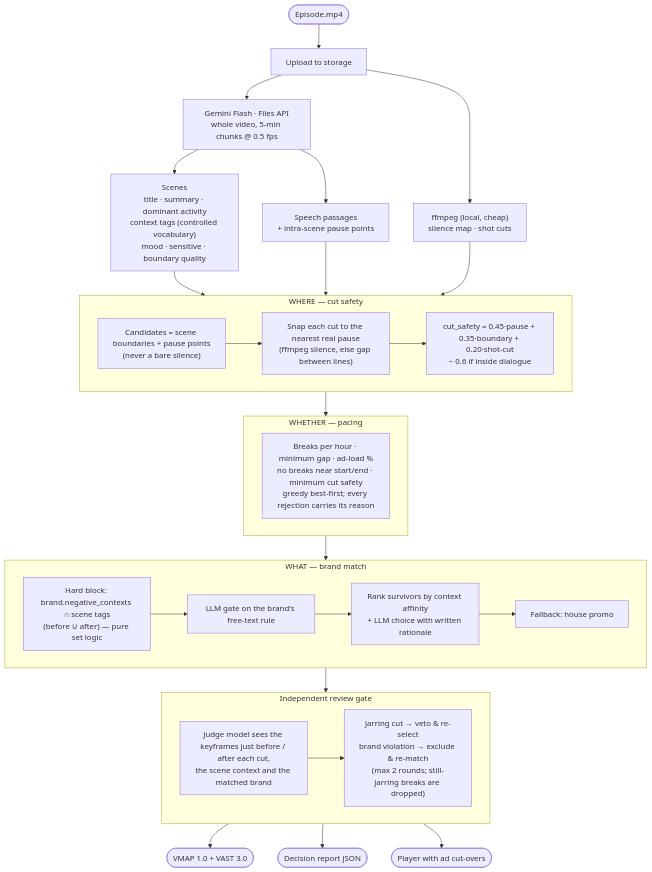
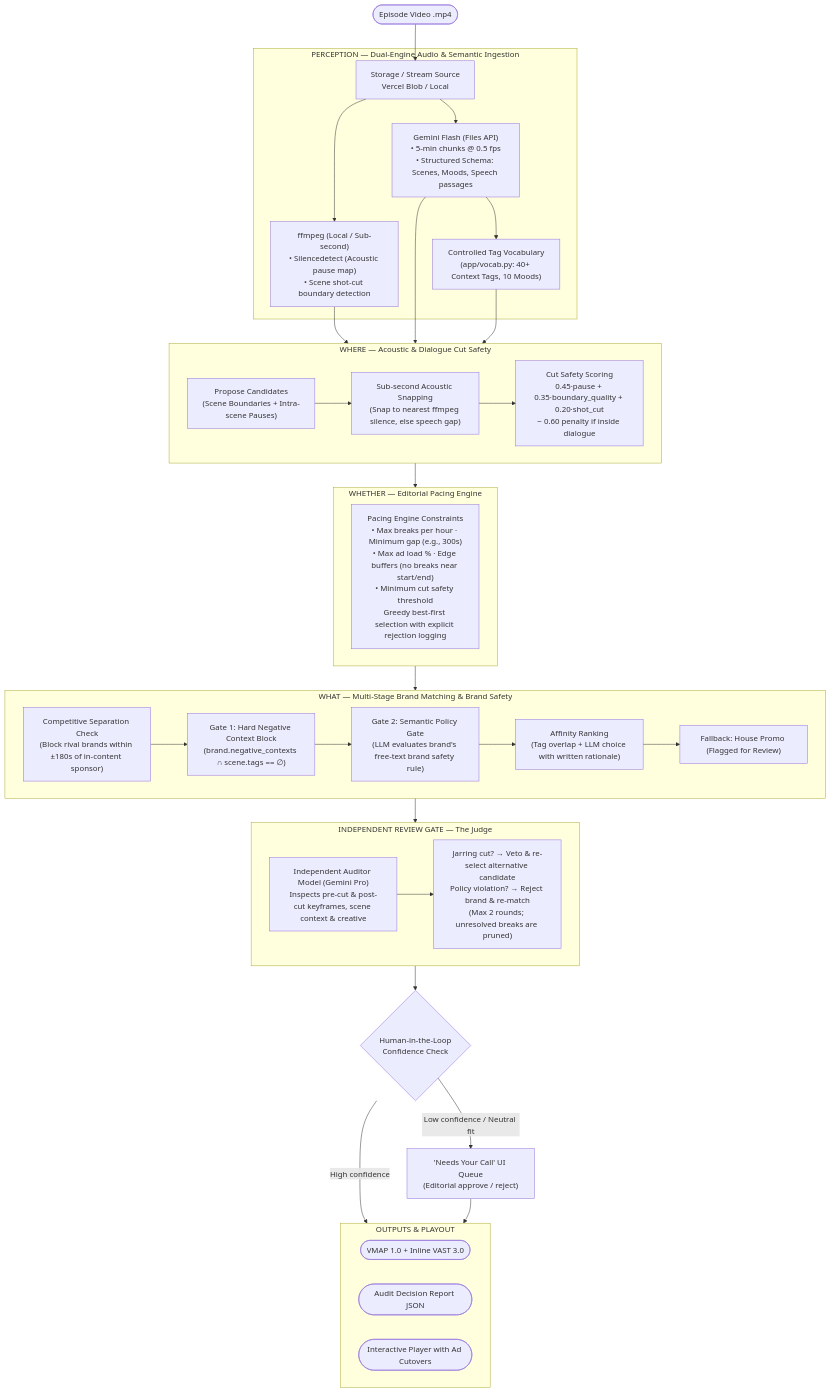
One commit to Aritra7070/Joti changed the diagram in README.md. Above: the diagram before and after it, drawn with Mermaid. The commit also changed other lines of this file and 19 other files, not shown here.

````diff
--- a/README.md
+++ b/README.md
@@ -14,43 +43,56 @@
 ```mermaid
 flowchart TD
-    V([Episode.mp4]) --> U[Upload to storage]
-    U --> F["ffmpeg (local, cheap)\nsilence map · shot cuts"]
-    U --> G["Gemini Flash · Files API\nwhole video, 5-min chunks @ 0.5 fps"]
-    G --> S["Scenes\ntitle · summary · dominant activity\ncontext tags (controlled vocabulary)\nmood · sensitive · boundary quality"]
-    G --> P["Speech passages\n+ intra-scene pause points"]
+    V([Episode Video .mp4]) --> U[Storage / Stream Source\nVercel Blob / Local]
+    
+    subgraph P [PERCEPTION — Dual-Engine Audio & Semantic Ingestion]
+        U --> F["ffmpeg (Local / Sub-second)\n• Silencedetect (Acoustic pause map)\n• Scene shot-cut boundary detection"]
+        U --> G["Gemini Flash (Files API)\n• 5-min chunks @ 0.5 fps\n• Structured Schema: Scenes, Moods, Speech passages"]
+        G --> VOC["Controlled Tag Vocabulary\n(app/vocab.py: 40+ Context Tags, 10 Moods)"]
+    end
 
-    S & P & F --> W1
+    F & G & VOC --> W1
 
-    subgraph W1 [WHERE — cut safety]
-        C1["Candidates = scene boundaries + pause points\n(never a bare silence)"]
-        C2["Snap each cut to the nearest real pause\n(ffmpeg silence, else gap between lines)"]
-        C3["cut_safety = 0.45·pause + 0.35·boundary + 0.20·shot-cut\n− 0.6 if inside dialogue"]
+    subgraph W1 [WHERE — Acoustic & Dialogue Cut Safety]
+        C1["Propose Candidates\n(Scene Boundaries + Intra-scene Pauses)"]
+        C2["Sub-second Acoustic Snapping\n(Snap to nearest ffmpeg silence, else speech gap)"]
+        C3["Cut Safety Scoring\n0.45·pause + 0.35·boundary_quality + 0.20·shot_cut\n− 0.60 penalty if inside dialogue"]
         C1 --> C2 --> C3
     end
 
     W1 --> W2
 
-    subgraph W2 [WHETHER — pacing]
-        R["Breaks per hour · minimum gap · ad-load %\nno breaks near start/end · minimum cut safety\ngreedy best-first; every rejection carries its reason"]
+    subgraph W2 [WHETHER — Editorial Pacing Engine]
+        R["Pacing Engine Constraints\n• Max breaks per hour · Minimum gap (e.g., 300s)\n• Max ad load % · Edge buffers (no breaks near start/end)\n• Minimum cut safety threshold\nGreedy best-first selection with explicit rejection logging"]
     end
 
     W2 --> W3
 
-    subgraph W3 [WHAT — brand match]
-        B1["Hard block: brand.negative_contexts ∩ scene tags\n(before ∪ after) — pure set logic"]
-        B2["LLM gate on the brand's free-text rule"]
-        B3["Rank survivors by context affinity\n+ LLM choice with written rationale"]
-        B4["Fallback: house promo"]
-        B1 --> B2 --> B3 --> B4
+    subgraph W3 [WHAT — Multi-Stage Brand Matching & Brand Safety]
+        B0["Competitive Separation Check\n(Block rival brands within ±180s of in-content sponsor)"]
+        B1["Gate 1: Hard Negative Context Block\n(brand.negative_contexts ∩ scene.tags == ∅)"]
+        B2["Gate 2: Semantic Policy Gate\n(LLM evaluates brand's free-text brand safety rule)"]
+        B3["Affinity Ranking\n(Tag overlap + LLM choice with written rationale)"]
+        B4["Fallback: House Promo (Flagged for Review)"]
+        B0 --> B1 --> B2 --> B3 --> B4
     end
 
     W3 --> J
 
-    subgraph J [Independent review gate]
-        J1["Judge model sees the keyframes just before / after each cut,\nthe scene context and the matched brand"]
-        J2["jarring cut → veto & re-select\nbrand violation → exclude & re-match\n(max 2 rounds; still-jarring breaks are dropped)"]
+    subgraph J [INDEPENDENT REVIEW GATE — The Judge]
+        J1["Independent Auditor Model (Gemini Pro)\nInspects pre-cut & post-cut keyframes, scene context & creative"]
+        J2["Jarring cut? → Veto & re-select alternative candidate\nPolicy violation? → Reject brand & re-match\n(Max 2 rounds; unresolved breaks are pruned)"]
         J1 --> J2
     end
 
-    J --> O1([VMAP 1.0 + VAST 3.0]) & O2([Decision report JSON]) & O3([Player with ad cut-overs])
+    J --> HITL{"Human-in-the-Loop\nConfidence Check"}
+    HITL -- Low confidence / Neutral fit --> REV["'Needs Your Call' UI Queue\n(Editorial approve / reject)"]
+    HITL -- High confidence --> OUT
+
+    REV --> OUT
+
+    subgraph OUT [OUTPUTS & PLAYOUT]
+        O1([VMAP 1.0 + Inline VAST 3.0])
+        O2([Audit Decision Report JSON])
+        O3([Interactive Player with Ad Cutovers])
+    end
 ```
````
